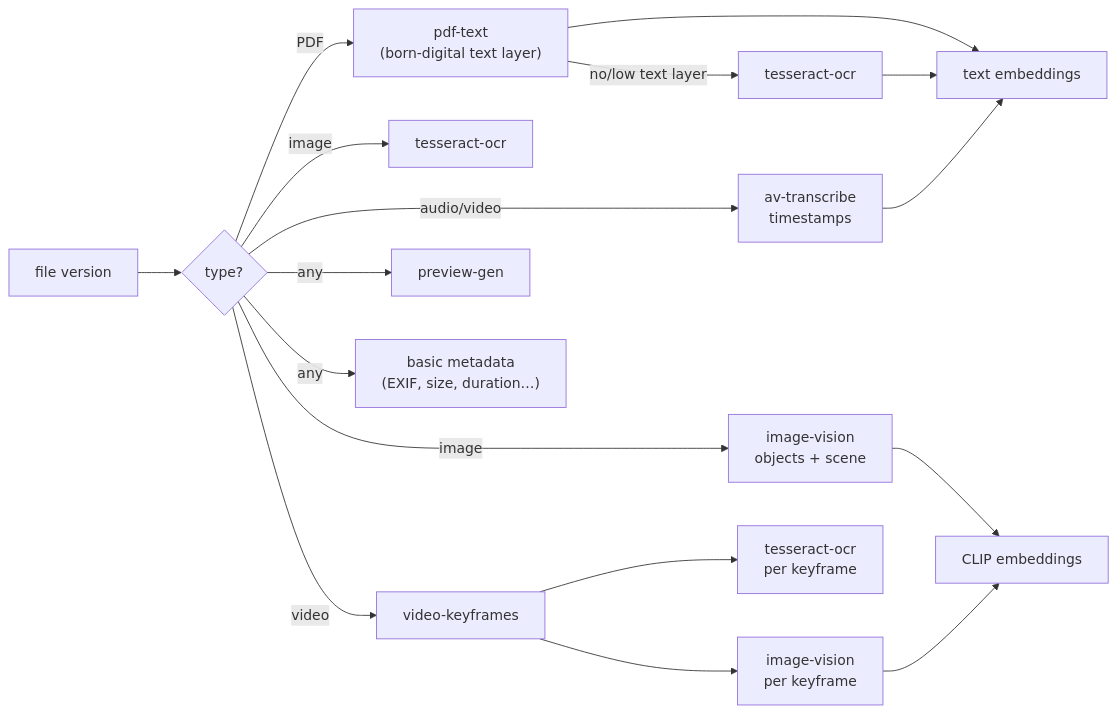
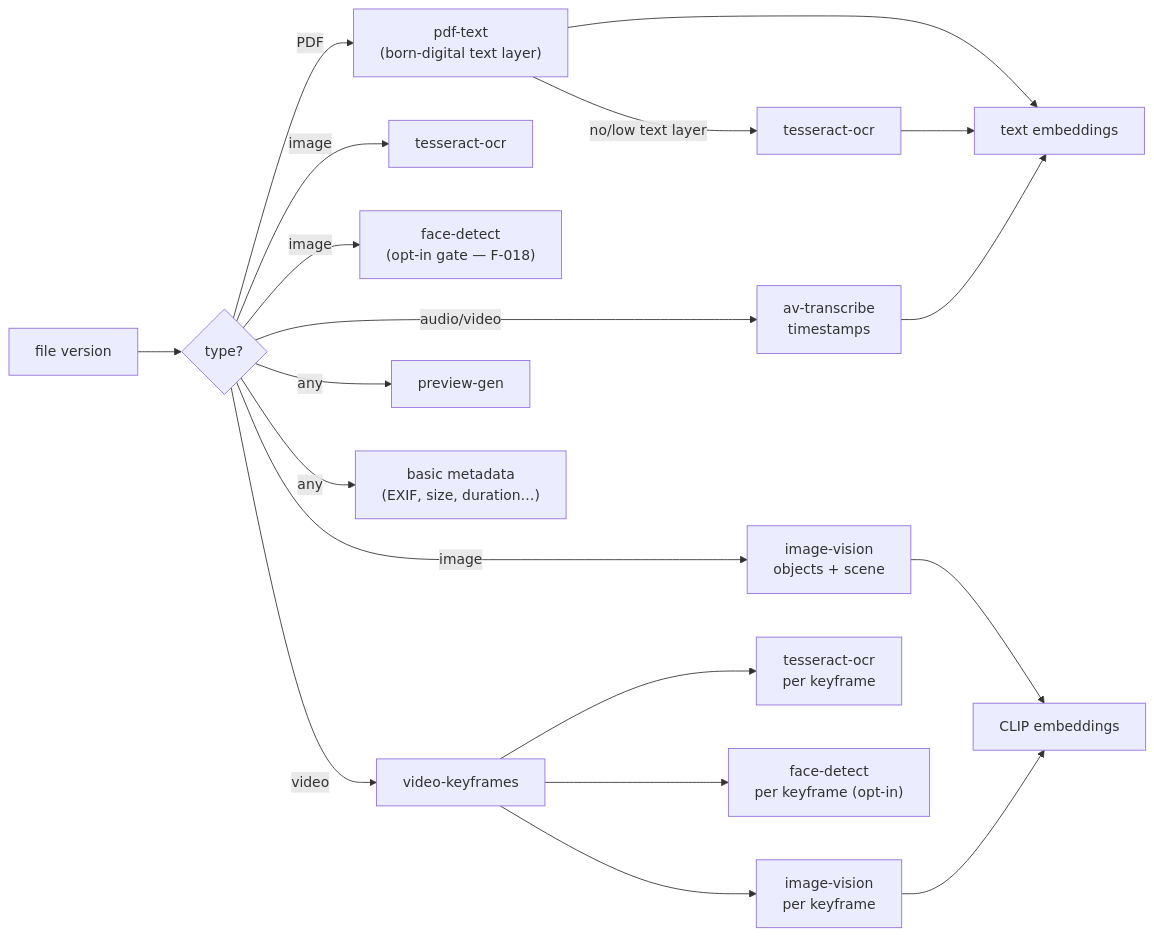
The second of 2 diagrams in specs/04-ingestion-pipeline.md (Andreas-Menzel/store-everything), drawn with Mermaid before and after one commit. The commit also changed other lines of this file and 13 other files, not shown here.

````diff
--- a/specs/04-ingestion-pipeline.md
+++ b/specs/04-ingestion-pipeline.md
@@ -58,16 +58,18 @@
 ```mermaid
 flowchart LR
     F["file version"] --> T{"type?"}
     T -->|PDF| PT["pdf-text<br/>(born-digital text layer)"]
     PT -->|"no/low text layer"| OCR["tesseract-ocr"]
     T -->|image| VIS["image-vision<br/>objects + scene"]
     T -->|image| IOCR["tesseract-ocr"]
+    T -->|image| FACE["face-detect<br/>(opt-in gate — F-018)"]
     T -->|audio/video| TR["av-transcribe<br/>timestamps"]
     T -->|video| KF["video-keyframes"]
     KF --> VIS2["image-vision<br/>per keyframe"]
     KF --> KOCR["tesseract-ocr<br/>per keyframe"]
+    KF --> FACE2["face-detect<br/>per keyframe (opt-in)"]
     T -->|any| PRE["preview-gen"]
     T -->|any| META["basic metadata<br/>(EXIF, size, duration…)"]
     PT & OCR & TR --> EMB["text embeddings"]
     VIS & VIS2 --> CEMB["CLIP embeddings"]
 ```
````
